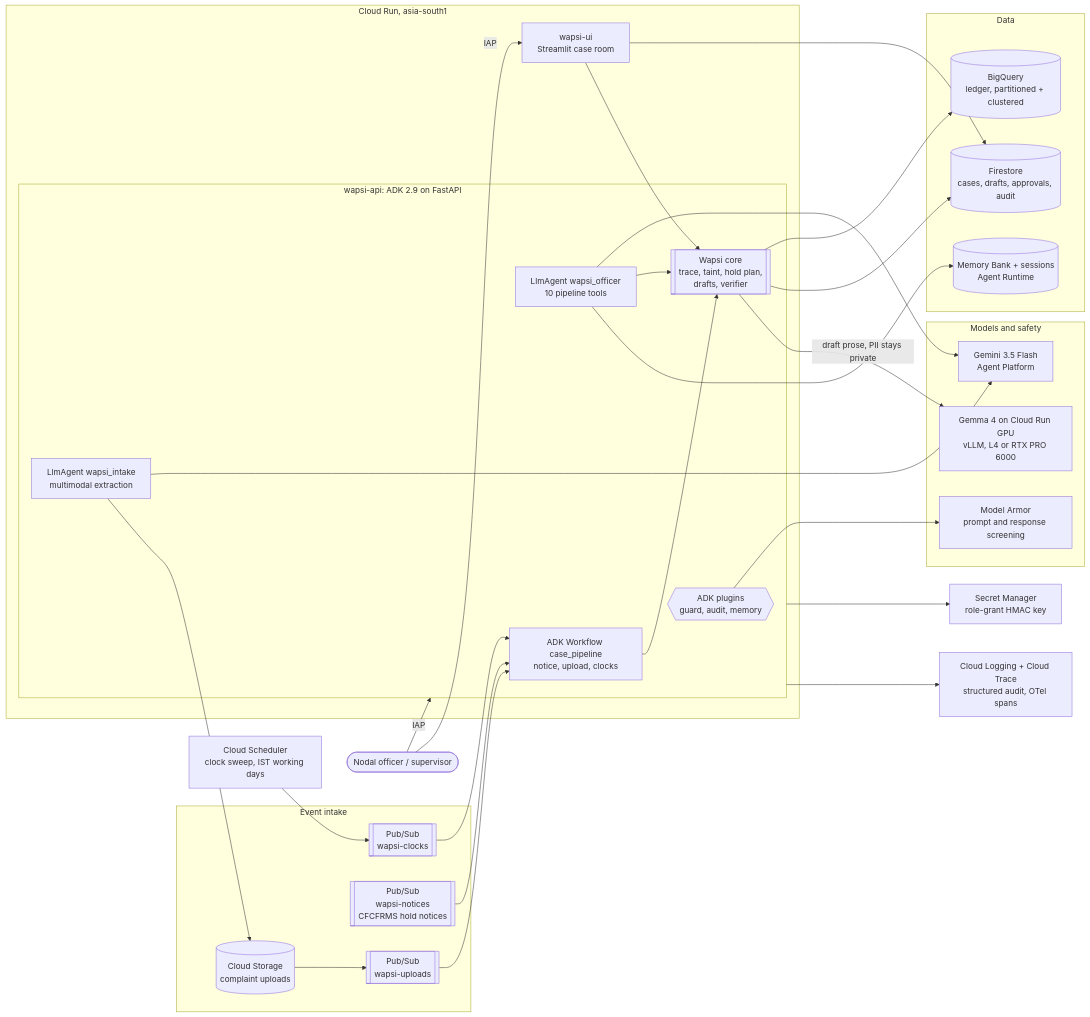
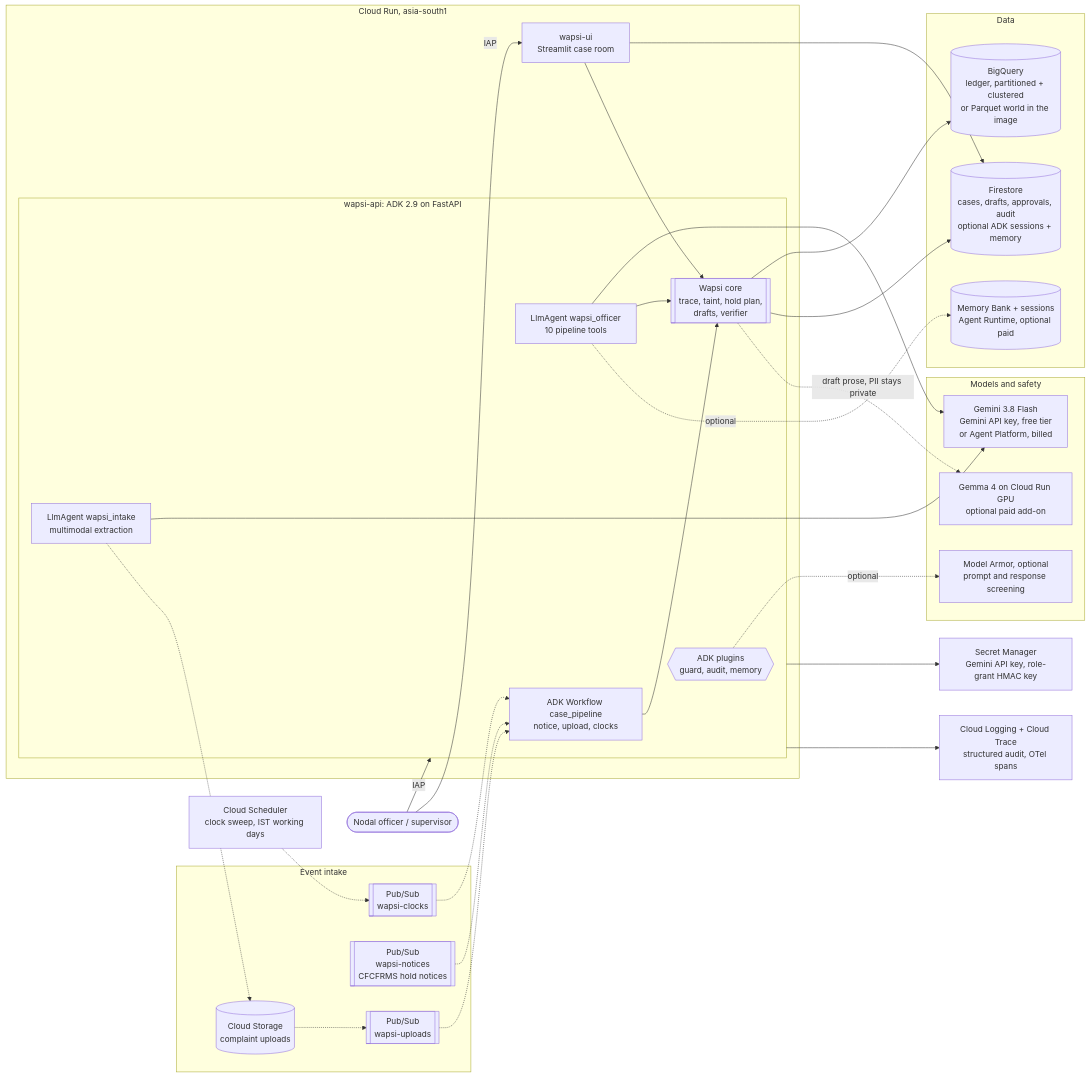
The first of 2 diagrams in editions/gcp/architecture.md (GODOSTROYER/wapsi), drawn with Mermaid before and after one commit. The commit also changed other lines of this file and 41 other files, not shown here.

````diff
--- a/editions/gcp/architecture.md
+++ b/editions/gcp/architecture.md
@@ -7,53 +12,53 @@
 ```mermaid
 flowchart LR
   officer([Nodal officer / supervisor])
   scheduler[Cloud Scheduler<br/>clock sweep, IST working days]
   subgraph ingest[Event intake]
     gcs[(Cloud Storage<br/>complaint uploads)]
     ps_up[[Pub/Sub<br/>wapsi-uploads]]
     ps_notice[[Pub/Sub<br/>wapsi-notices<br/>CFCFRMS hold notices]]
     ps_clock[[Pub/Sub<br/>wapsi-clocks]]
   end
   subgraph run[Cloud Run, asia-south1]
     ui[wapsi-ui<br/>Streamlit case room]
     subgraph api[wapsi-api: ADK 2.9 on FastAPI]
       guard{{ADK plugins<br/>guard, audit, memory}}
       officer_agent[LlmAgent wapsi_officer<br/>10 pipeline tools]
       intake_agent[LlmAgent wapsi_intake<br/>multimodal extraction]
       workflow[ADK Workflow case_pipeline<br/>notice, upload, clocks]
       core[[Wapsi core<br/>trace, taint, hold plan,<br/>drafts, verifier]]
     end
   end
   subgraph ai[Models and safety]
-    gemini[Gemini 3.5 Flash<br/>Agent Platform]
-    gemma[Gemma 4 on Cloud Run GPU<br/>vLLM, L4 or RTX PRO 6000]
-    armor[Model Armor<br/>prompt and response screening]
+    gemini[Gemini 3.8 Flash<br/>Gemini API key, free tier<br/>or Agent Platform, billed]
+    gemma[Gemma 4 on Cloud Run GPU<br/>optional paid add-on]
+    armor[Model Armor, optional<br/>prompt and response screening]
   end
   subgraph data[Data]
-    bq[(BigQuery<br/>ledger, partitioned + clustered)]
-    fs[(Firestore<br/>cases, drafts, approvals, audit)]
-    mb[(Memory Bank + sessions<br/>Agent Runtime)]
+    bq[(BigQuery<br/>ledger, partitioned + clustered<br/>or Parquet world in the image)]
+    fs[(Firestore<br/>cases, drafts, approvals, audit<br/>optional ADK sessions + memory)]
+    mb[(Memory Bank + sessions<br/>Agent Runtime, optional paid)]
   end
-  secrets[Secret Manager<br/>role-grant HMAC key]
+  secrets[Secret Manager<br/>Gemini API key, role-grant HMAC key]
   obs[Cloud Logging + Cloud Trace<br/>structured audit, OTel spans]
 
   officer -->|IAP| ui
   officer -->|IAP| api
-  gcs --> ps_up --> workflow
-  ps_notice --> workflow
-  scheduler --> ps_clock --> workflow
-  guard --> armor
+  gcs -.-> ps_up -.-> workflow
+  ps_notice -.-> workflow
+  scheduler -.-> ps_clock -.-> workflow
+  guard -.->|optional| armor
   officer_agent --> gemini
   intake_agent --> gemini
-  intake_agent --> gcs
+  intake_agent -.-> gcs
   officer_agent --> core
   workflow --> core
   ui --> core
   core --> bq
   core --> fs
-  core -->|draft prose, PII stays private| gemma
-  officer_agent --> mb
+  core -.->|draft prose, PII stays private| gemma
+  officer_agent -.->|optional| mb
   api --> secrets
   api --> obs
   ui --> fs
 ```
````
